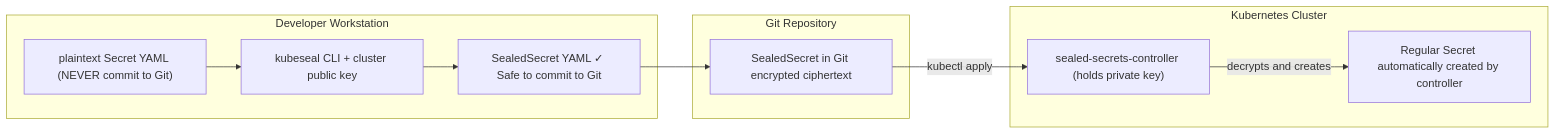
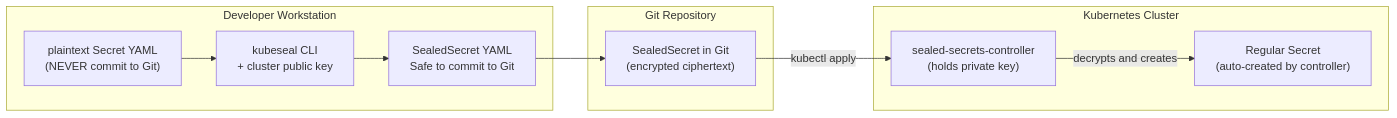
The fifth of 7 diagrams in 09_security/04_secrets_management.md (UncleJS/course_k3s), drawn with Mermaid before and after one commit. The commit also changed other lines of this file and 45 other files, not shown here.

First line of the commit message:
Expand all course lessons: Mermaid diagrams + rich prose across 43 files

````diff
--- a/09_security/04_secrets_management.md
+++ b/09_security/04_secrets_management.md
@@ -309,21 +343,21 @@
 ```mermaid
 flowchart LR
     subgraph "Developer Workstation"
-        RAW["plaintext Secret YAML (NEVER commit to Git)"]
-        KUBESEAL["kubeseal CLI + cluster public key"]
-        SEALED["SealedSecret YAML ✓ Safe to commit to Git"]
+        RAW["plaintext Secret YAML<br/>(NEVER commit to Git)"]
+        KUBESEAL["kubeseal CLI<br/>+ cluster public key"]
+        SEALED["SealedSecret YAML<br/>Safe to commit to Git"]
         RAW --> KUBESEAL --> SEALED
     end
 
     subgraph "Git Repository"
-        GITSEALED["SealedSecret in Git encrypted ciphertext"]
+        GITSEALED["SealedSecret in Git<br/>(encrypted ciphertext)"]
         SEALED --> GITSEALED
     end
 
     subgraph "Kubernetes Cluster"
-        CONTROLLER["sealed-secrets-controller (holds private key)"]
-        DECRYPTED["Regular Secret automatically created by controller"]
-        GITSEALED -->|kubectl apply| CONTROLLER
-        CONTROLLER -->|decrypts and creates| DECRYPTED
+        CONTROLLER["sealed-secrets-controller<br/>(holds private key)"]
+        DECRYPTED["Regular Secret<br/>(auto-created by controller)"]
+        GITSEALED -->|"kubectl apply"| CONTROLLER
+        CONTROLLER -->|"decrypts and creates"| DECRYPTED
     end
 ```
````
